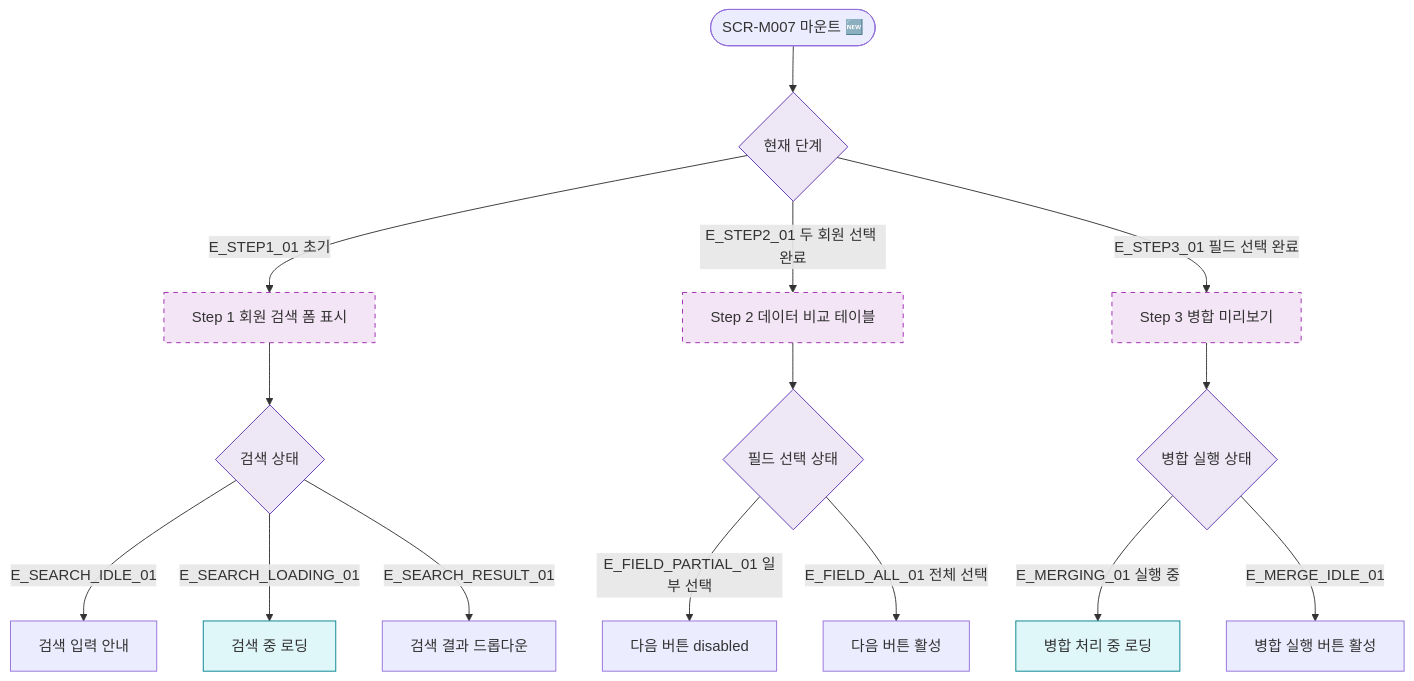
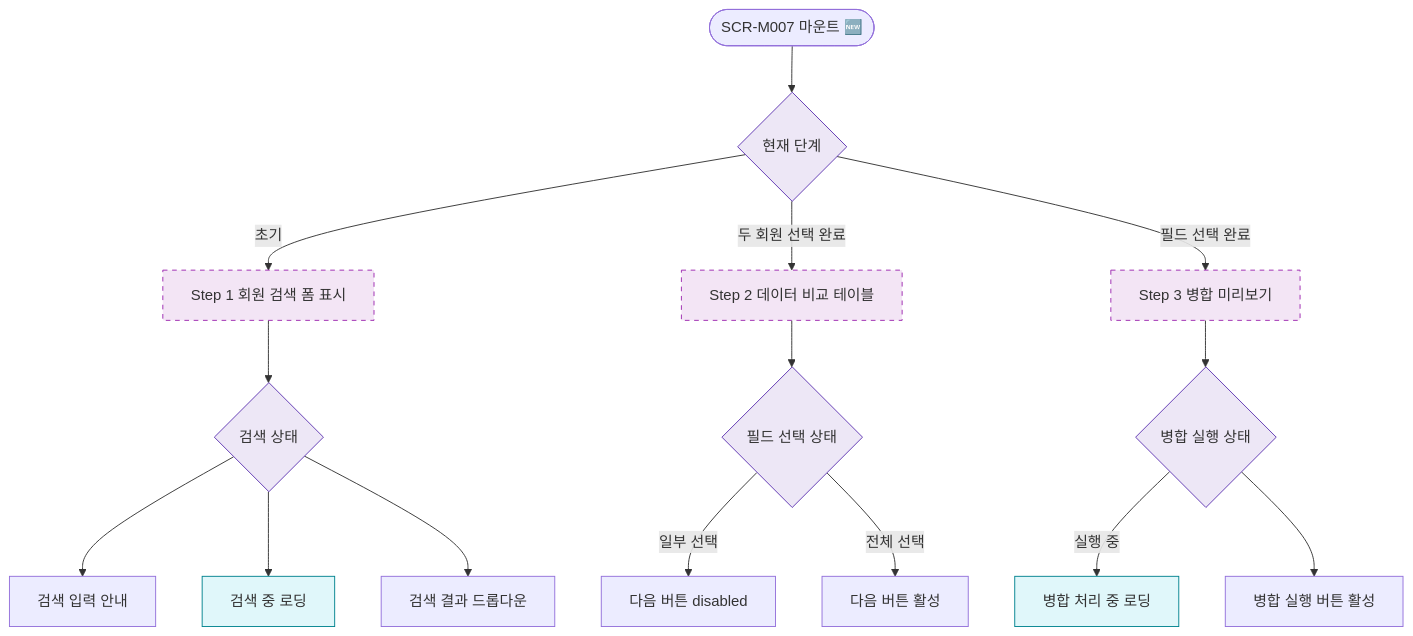
Before and after one commit to dev-spogym/admin-pando: the diagram in docs/다이어그램/D02_회원관리/SCR-M007_회원병합/F6_상태별화면.md, drawn with Mermaid. The commit also changed other lines of this file and 1660 other files, not shown here.

First line of the commit message:
다이어그램: 기획자/클라이언트 납품본으로 정리

````diff
--- a/docs/다이어그램/D02_회원관리/SCR-M007_회원병합/F6_상태별화면.md
+++ b/docs/다이어그램/D02_회원관리/SCR-M007_회원병합/F6_상태별화면.md
@@ -22,32 +20,32 @@
 ```mermaid
 flowchart TD
   MOUNT([SCR-M007 마운트 🆕])
 
   MOUNT --> STEP_STATE{현재 단계}
 
-  STEP_STATE -->|E_STEP1_01 초기| UI_STEP1[Step 1 회원 검색 폼 표시]
-  STEP_STATE -->|E_STEP2_01 두 회원 선택 완료| UI_STEP2[Step 2 데이터 비교 테이블]
-  STEP_STATE -->|E_STEP3_01 필드 선택 완료| UI_STEP3[Step 3 병합 미리보기]
+  STEP_STATE -->|초기|UI_STEP1[Step 1 회원 검색 폼 표시]
+  STEP_STATE -->|두 회원 선택 완료|UI_STEP2[Step 2 데이터 비교 테이블]
+  STEP_STATE -->|필드 선택 완료|UI_STEP3[Step 3 병합 미리보기]
 
   UI_STEP1 --> SEARCH_STATE{검색 상태}
-  SEARCH_STATE -->|E_SEARCH_IDLE_01| UI_SEARCH_EMPTY[검색 입력 안내]
-  SEARCH_STATE -->|E_SEARCH_LOADING_01| UI_SEARCH_LOADING[검색 중 로딩]
-  SEARCH_STATE -->|E_SEARCH_RESULT_01| UI_SEARCH_RESULT[검색 결과 드롭다운]
+  SEARCH_STATE --> UI_SEARCH_EMPTY[검색 입력 안내]
+  SEARCH_STATE --> UI_SEARCH_LOADING[검색 중 로딩]
+  SEARCH_STATE --> UI_SEARCH_RESULT[검색 결과 드롭다운]
 
   UI_STEP2 --> FIELD_STATE{필드 선택 상태}
-  FIELD_STATE -->|E_FIELD_PARTIAL_01 일부 선택| BTN_NEXT_DISABLED[다음 버튼 disabled]
-  FIELD_STATE -->|E_FIELD_ALL_01 전체 선택| BTN_NEXT_ACTIVE[다음 버튼 활성]
+  FIELD_STATE -->|일부 선택|BTN_NEXT_DISABLED[다음 버튼 disabled]
+  FIELD_STATE -->|전체 선택|BTN_NEXT_ACTIVE[다음 버튼 활성]
 
   UI_STEP3 --> MERGE_STATE{병합 실행 상태}
-  MERGE_STATE -->|E_MERGING_01 실행 중| UI_MERGING[병합 처리 중 로딩]
-  MERGE_STATE -->|E_MERGE_IDLE_01| UI_MERGE_READY[병합 실행 버튼 활성]
+  MERGE_STATE -->|실행 중|UI_MERGING[병합 처리 중 로딩]
+  MERGE_STATE --> UI_MERGE_READY[병합 실행 버튼 활성]
 
-  classDef screen     fill:#E3F2FD,stroke:#1976D2,color:#0D47A1
+  classDef screen fill:#E3F2FD,stroke:#1976D2,color:#0D47A1
   classDef newFeature fill:#F3E5F5,stroke:#9C27B0,stroke-dasharray:5 5
-  classDef system     fill:#EDE7F6,stroke:#5E35B2
-  classDef info       fill:#E0F7FA,stroke:#00838F
+  classDef system fill:#EDE7F6,stroke:#5E35B2
+  classDef info fill:#E0F7FA,stroke:#00838F
 
   class UI_STEP1,UI_STEP2,UI_STEP3 newFeature
   class STEP_STATE,SEARCH_STATE,FIELD_STATE,MERGE_STATE system
   class UI_SEARCH_LOADING,UI_MERGING info
 ```
````
